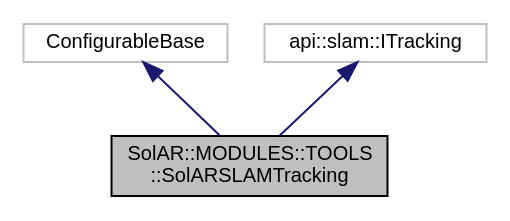
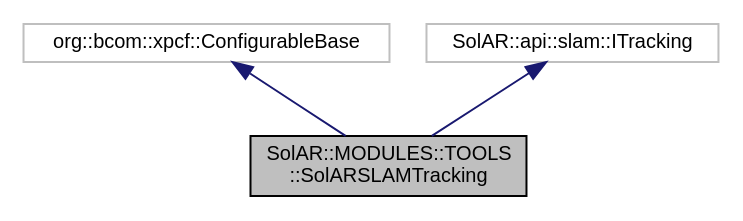
The diagram in api_module_documentation/class_sol_a_r_1_1_m_o_d_u_l_e_s_1_1_t_o_o_l_s_1_1_sol_a_r_s_l_a_m_tracking__coll__graph.dot (SolarFramework/solarframework.github.io), drawn with Graphviz before and after one commit. The commit also changed 784 other files, not shown here.

```diff
--- a/api_module_documentation/class_sol_a_r_1_1_m_o_d_u_l_e_s_1_1_t_o_o_l_s_1_1_sol_a_r_s_l_a_m_tracking__coll__graph.dot
+++ b/api_module_documentation/class_sol_a_r_1_1_m_o_d_u_l_e_s_1_1_t_o_o_l_s_1_1_sol_a_r_s_l_a_m_tracking__coll__graph.dot
@@ -1,10 +1,11 @@
 digraph "SolAR::MODULES::TOOLS::SolARSLAMTracking"
 {
+ // LATEX_PDF_SIZE
   edge [fontname="Helvetica",fontsize="10",labelfontname="Helvetica",labelfontsize="10"];
   node [fontname="Helvetica",fontsize="10",shape=record];
-  Node3 [label="SolAR::MODULES::TOOLS\l::SolARSLAMTracking",height=0.2,width=0.4,color="black", fillcolor="grey75", style="filled", fontcolor="black"];
-  Node4 -> Node3 [dir="back",color="midnightblue",fontsize="10",style="solid",fontname="Helvetica"];
-  Node4 [label="ConfigurableBase",height=0.2,width=0.4,color="grey75", fillcolor="white", style="filled"];
-  Node5 -> Node3 [dir="back",color="midnightblue",fontsize="10",style="solid",fontname="Helvetica"];
-  Node5 [label="api::slam::ITracking",height=0.2,width=0.4,color="grey75", fillcolor="white", style="filled"];
+  Node1 [label="SolAR::MODULES::TOOLS\l::SolARSLAMTracking",height=0.2,width=0.4,color="black", fillcolor="grey75", style="filled", fontcolor="black",tooltip="SLAM tracking task. UUID: c45da19d-9637-48b6-ab52-33d3f0af6f72"];
+  Node2 -> Node1 [dir="back",color="midnightblue",fontsize="10",style="solid",fontname="Helvetica"];
+  Node2 [label="org::bcom::xpcf::ConfigurableBase",height=0.2,width=0.4,color="grey75", fillcolor="white", style="filled",tooltip=" "];
+  Node3 -> Node1 [dir="back",color="midnightblue",fontsize="10",style="solid",fontname="Helvetica"];
+  Node3 [label="SolAR::api::slam::ITracking",height=0.2,width=0.4,color="grey75", fillcolor="white", style="filled",tooltip=" "];
 }
```
